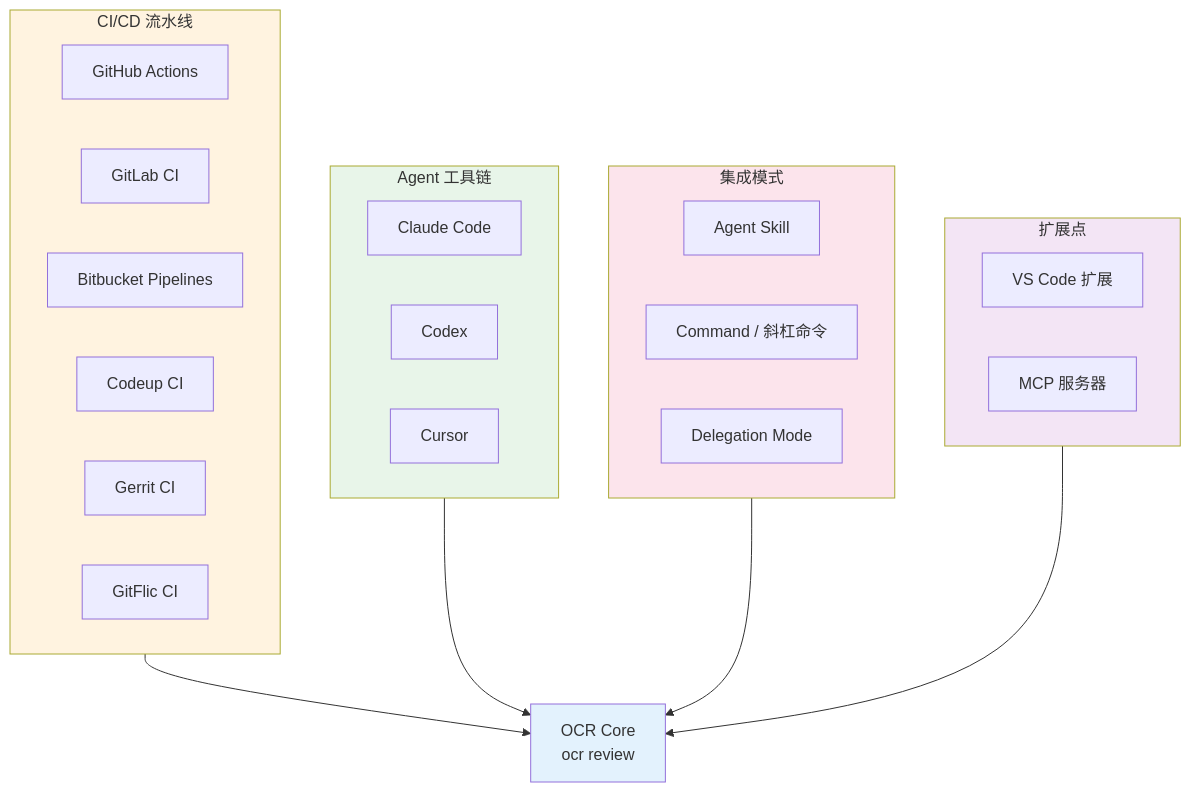
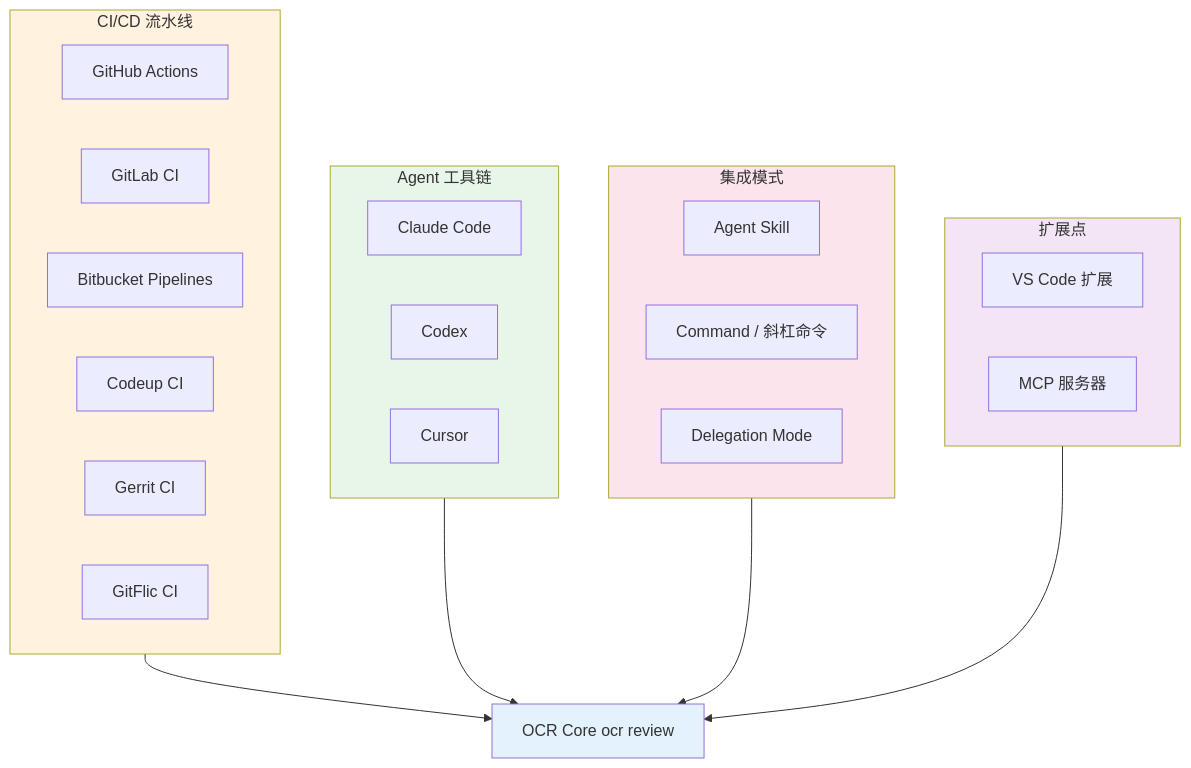
The first of 7 diagrams in doc/bundles/jishu/ai/products/open-code-review/concepts/06-integrations.md (awesome-flexloop/awesome-okf), drawn with Mermaid before and after one commit. The commit also changed other lines of this file and 10 other files, not shown here.

First line of the commit message:
docs(bundle): 清偿 Open Code Review 存量 Mermaid 违规避免规范漂移累积

````diff
--- a/doc/bundles/jishu/ai/products/open-code-review/concepts/06-integrations.md
+++ b/doc/bundles/jishu/ai/products/open-code-review/concepts/06-integrations.md
@@ -23,39 +23,34 @@
 ```mermaid
 graph TB
     subgraph CI["CI/CD 流水线"]
         GH["GitHub Actions"]
         GL["GitLab CI"]
         BB["Bitbucket Pipelines"]
         CU["Codeup CI"]
         GE["Gerrit CI"]
         GF["GitFlic CI"]
     end
-
     subgraph AGENT["Agent 工具链"]
         CC["Claude Code"]
         CX["Codex"]
         CU2["Cursor"]
     end
-
     subgraph MODE["集成模式"]
         SKILL["Agent Skill"]
         CMD["Command / 斜杠命令"]
         DELEG["Delegation Mode"]
     end
-
     subgraph EXT["扩展点"]
         VSC["VS Code 扩展"]
         MCP["MCP 服务器"]
     end
-
-    CI --> CORE["OCR Core<br/>ocr review"]
+    CI --> CORE["OCR Core ocr review"]
     AGENT --> CORE
     MODE --> CORE
     EXT --> CORE
-
     style CORE fill:#e3f2fd
     style CI fill:#fff3e0
     style AGENT fill:#e8f5e9
     style MODE fill:#fce4ec
     style EXT fill:#f3e5f5
 ```
````
